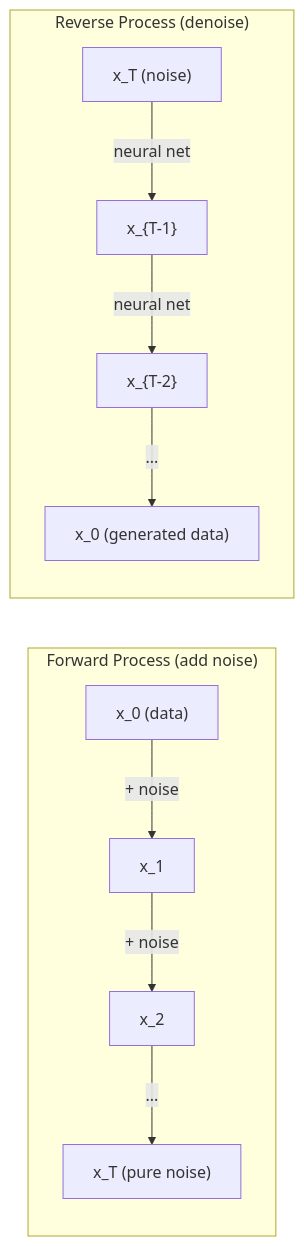
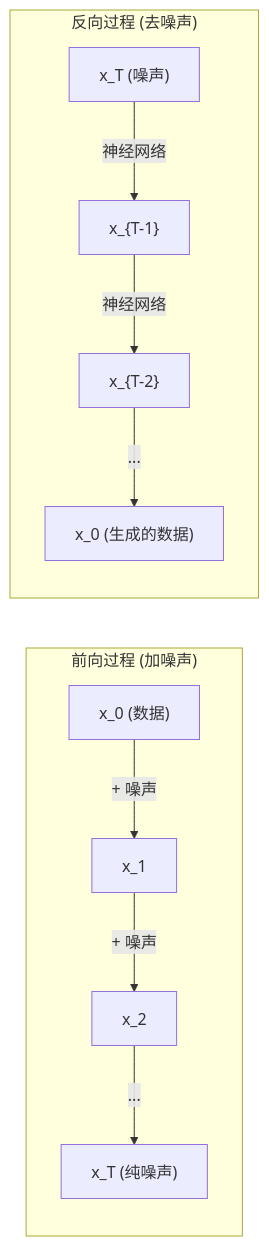
One commit to alessandrodinisio-ai/ai-engineering-learning-framework changed the second of 2 diagrams in phases/01-math-foundations/22-stochastic-processes/docs/zh.md. Above: the diagram before and after it, drawn with Mermaid. The commit also changed 120 other files, not shown here.

First line of the commit message:
i18n(mermaid): 337 个 mermaid 图表标签中文化

````diff
--- a/phases/01-math-foundations/22-stochastic-processes/docs/zh.md
+++ b/phases/01-math-foundations/22-stochastic-processes/docs/zh.md
@@ -182,13 +182,13 @@
 ```mermaid
 graph LR
-    subgraph "Forward Process (add noise)"
-        X0["x_0 (data)"] -->|"+ noise"| X1["x_1"]
-        X1 -->|"+ noise"| X2["x_2"]
-        X2 -->|"..."| XT["x_T (pure noise)"]
+    subgraph "前向过程 (加噪声)"
+        X0["x_0 (数据)"] -->|"+ 噪声"| X1["x_1"]
+        X1 -->|"+ 噪声"| X2["x_2"]
+        X2 -->|"..."| XT["x_T (纯噪声)"]
     end
-    subgraph "Reverse Process (denoise)"
-        XT2["x_T (noise)"] -->|"neural net"| XR2["x_{T-1}"]
-        XR2 -->|"neural net"| XR1["x_{T-2}"]
-        XR1 -->|"..."| XR0["x_0 (generated data)"]
+    subgraph "反向过程 (去噪声)"
+        XT2["x_T (噪声)"] -->|"神经网络"| XR2["x_{T-1}"]
+        XR2 -->|"神经网络"| XR1["x_{T-2}"]
+        XR1 -->|"..."| XR0["x_0 (生成的数据)"]
     end
 ```
````
